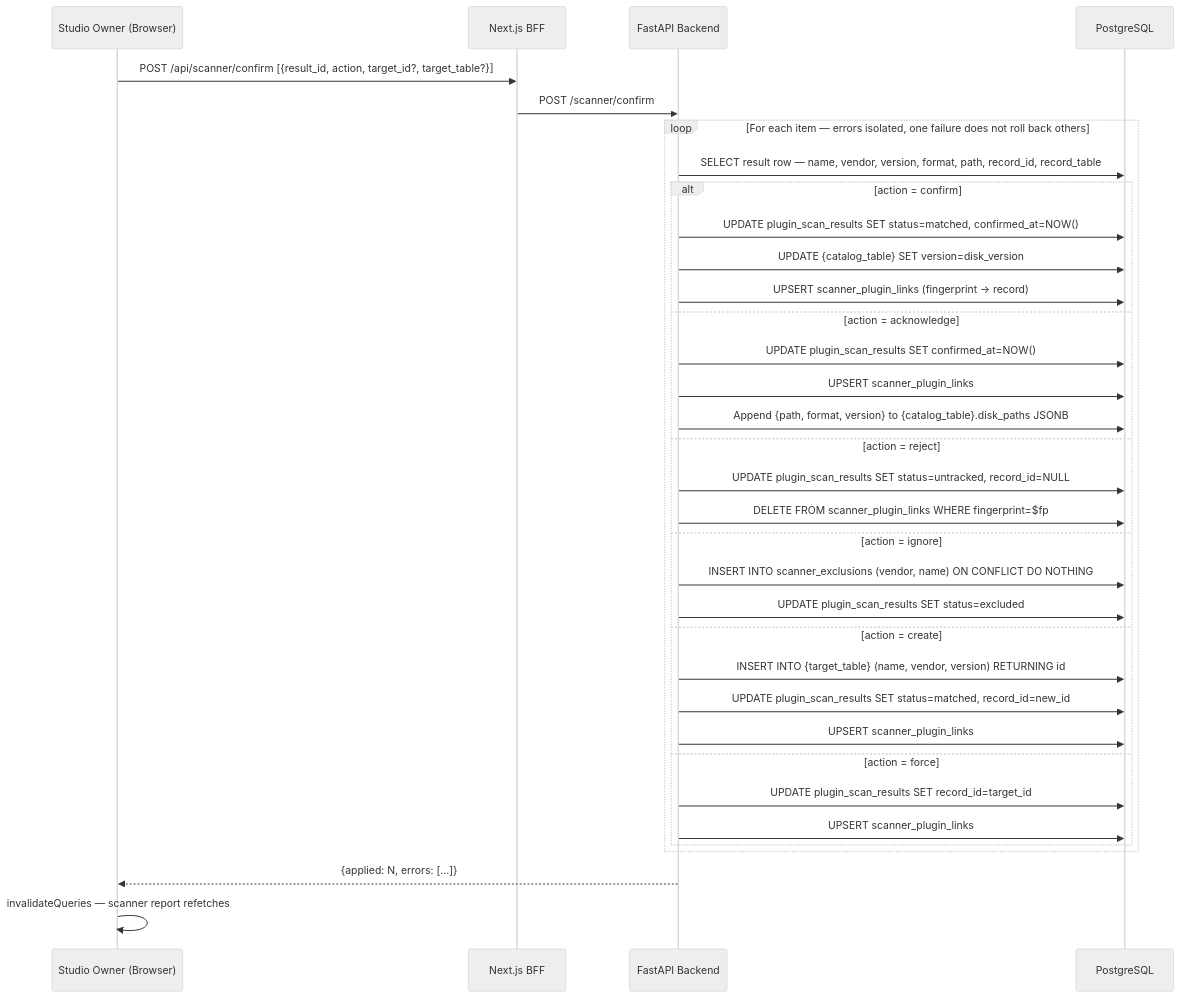
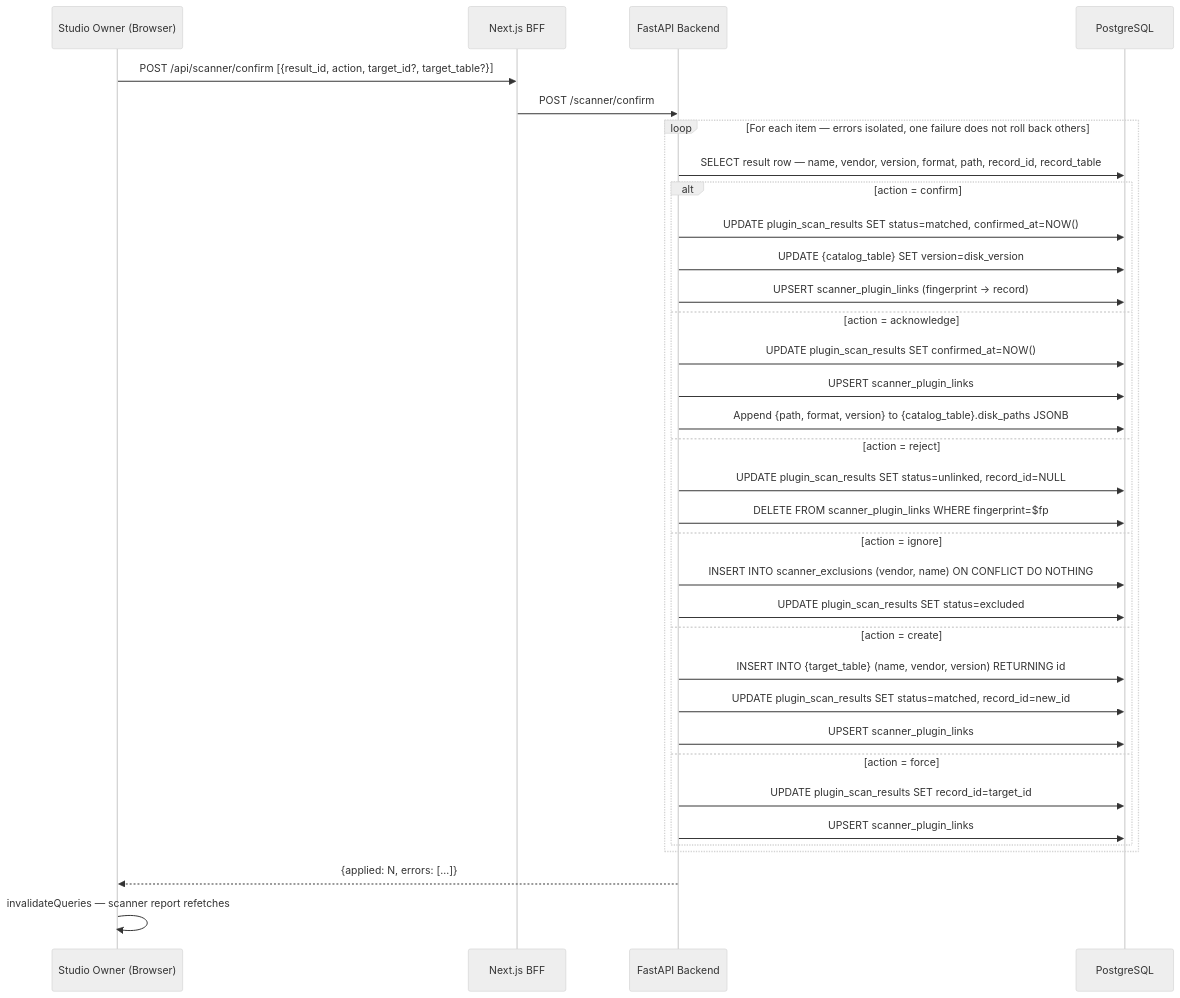
One commit to edtbl76/stud.io changed the third of 4 diagrams in docs/arch/diagrams/l4-scanner.md. Above: the diagram before and after it, drawn with Mermaid (neutral theme). The commit also changed other lines of this file and 34 other files, not shown here.

Commit message:
Refactor scanner schema and logic for simplicity and clarity (#115)

````diff
--- a/docs/arch/diagrams/l4-scanner.md
+++ b/docs/arch/diagrams/l4-scanner.md
@@ -64,39 +65,39 @@
 ```mermaid
 sequenceDiagram
     participant Admin as Studio Owner (Browser)
     participant BFF as Next.js BFF
     participant FastAPI as FastAPI Backend
     participant DB as PostgreSQL
 
     Admin->>BFF: POST /api/scanner/confirm [{result_id, action, target_id?, target_table?}]
     BFF->>FastAPI: POST /scanner/confirm
 
     loop For each item — errors isolated, one failure does not roll back others
         FastAPI->>DB: SELECT result row — name, vendor, version, format, path, record_id, record_table
         alt action = confirm
             FastAPI->>DB: UPDATE plugin_scan_results SET status=matched, confirmed_at=NOW()
             FastAPI->>DB: UPDATE {catalog_table} SET version=disk_version
             FastAPI->>DB: UPSERT scanner_plugin_links (fingerprint → record)
         else action = acknowledge
             FastAPI->>DB: UPDATE plugin_scan_results SET confirmed_at=NOW()
             FastAPI->>DB: UPSERT scanner_plugin_links
             FastAPI->>DB: Append {path, format, version} to {catalog_table}.disk_paths JSONB
         else action = reject
-            FastAPI->>DB: UPDATE plugin_scan_results SET status=untracked, record_id=NULL
+            FastAPI->>DB: UPDATE plugin_scan_results SET status=unlinked, record_id=NULL
             FastAPI->>DB: DELETE FROM scanner_plugin_links WHERE fingerprint=$fp
         else action = ignore
             FastAPI->>DB: INSERT INTO scanner_exclusions (vendor, name) ON CONFLICT DO NOTHING
             FastAPI->>DB: UPDATE plugin_scan_results SET status=excluded
         else action = create
             FastAPI->>DB: INSERT INTO {target_table} (name, vendor, version) RETURNING id
             FastAPI->>DB: UPDATE plugin_scan_results SET status=matched, record_id=new_id
             FastAPI->>DB: UPSERT scanner_plugin_links
         else action = force
             FastAPI->>DB: UPDATE plugin_scan_results SET record_id=target_id
             FastAPI->>DB: UPSERT scanner_plugin_links
         end
     end
 
     FastAPI-->>Admin: {applied: N, errors: [...]}
     Admin->>Admin: invalidateQueries — scanner report refetches
 ```
````
